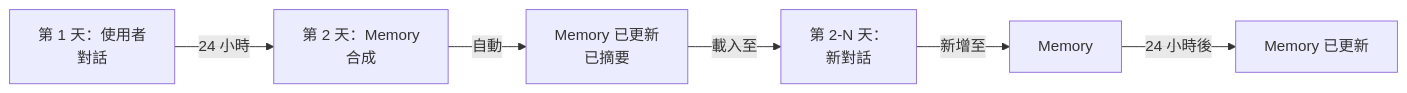
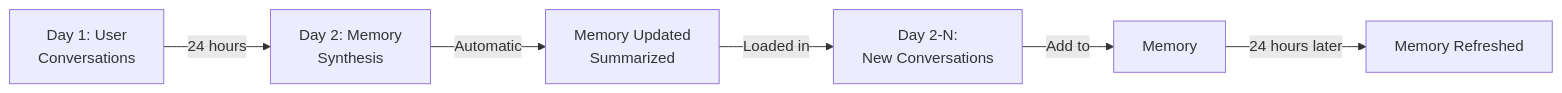
Before and after one commit to huckly/claude-howto-zh-tw: diagram 11 of 22 in claude_concepts_guide.md, drawn with Mermaid. The commit also changed other lines of this file and 6 other files, not shown here.

````diff
--- a/claude_concepts_guide.md
+++ b/claude_concepts_guide.md
@@ -891,8 +881,8 @@
 ```mermaid
 graph LR
-    A["第 1 天：使用者<br/>對話"] -->|24 小時| B["第 2 天：Memory<br/>合成"]
-    B -->|自動| C["Memory 已更新<br/>已摘要"]
-    C -->|載入至| D["第 2-N 天：<br/>新對話"]
-    D -->|新增至| E["Memory"]
-    E -->|24 小時後| F["Memory 已更新"]
+    A["Day 1: User<br/>Conversations"] -->|24 hours| B["Day 2: Memory<br/>Synthesis"]
+    B -->|Automatic| C["Memory Updated<br/>Summarized"]
+    C -->|Loaded in| D["Day 2-N:<br/>New Conversations"]
+    D -->|Add to| E["Memory"]
+    E -->|24 hours later| F["Memory Refreshed"]
 ```
````
